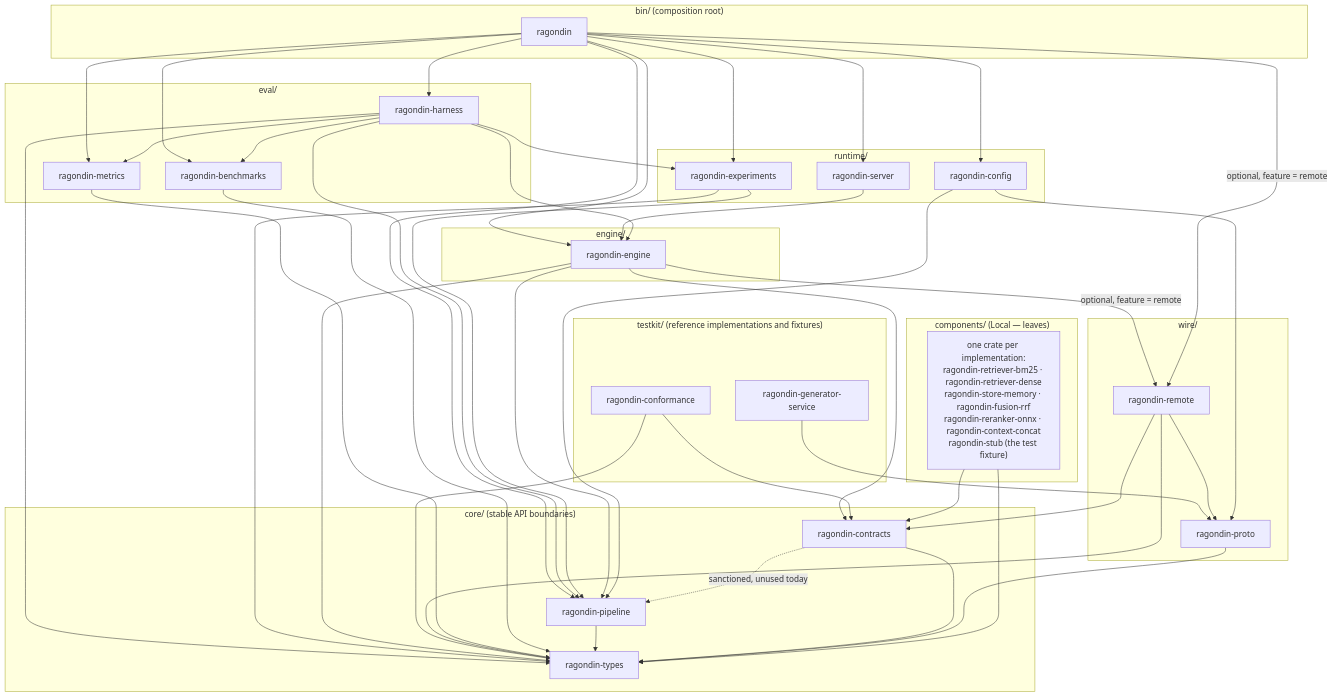
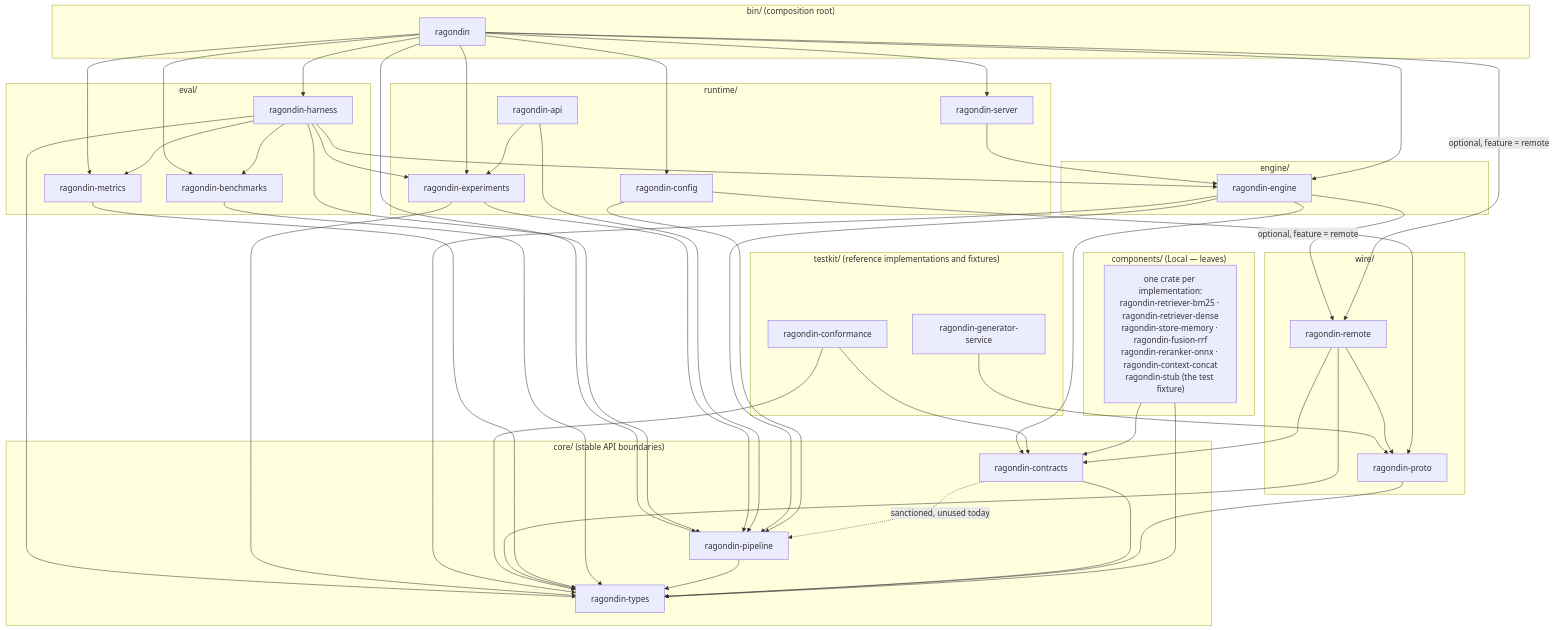
The first of 4 diagrams in docs/code-architecture.md (genesary/Ragondin), drawn with Mermaid before and after one commit. The commit also changed other lines of this file and 28 other files, not shown here.

First line of the commit message:
feat(ragondin-api): create the front end's API crate with the read side of runs

````diff
--- a/docs/code-architecture.md
+++ b/docs/code-architecture.md
@@ -188,54 +189,56 @@
 ```mermaid
 flowchart TB
   subgraph BIN["bin/ (composition root)"]
     RAG[ragondin]
   end
   subgraph RUNTIME["runtime/"]
     SRV[ragondin-server]
     EXP[ragondin-experiments]
     CFG[ragondin-config]
+    API[ragondin-api]
   end
   subgraph EVAL["eval/"]
     HAR[ragondin-harness]
     MET[ragondin-metrics]
     BEN[ragondin-benchmarks]
   end
   subgraph ENGINE["engine/"]
     ENG[ragondin-engine]
   end
   subgraph TESTKIT["testkit/ (reference implementations and fixtures)"]
     CNF[ragondin-conformance]
     GEN[ragondin-generator-service]
   end
   subgraph COMP["components/ (Local — leaves)"]
     CX["one crate per implementation:<br/>ragondin-retriever-bm25 · ragondin-retriever-dense<br/>ragondin-store-memory · ragondin-fusion-rrf<br/>ragondin-reranker-onnx · ragondin-context-concat<br/>ragondin-stub (the test fixture)"]
   end
   subgraph WIRE["wire/"]
     PRO[ragondin-proto]
     REM[ragondin-remote]
   end
   subgraph CORE["core/ (stable API boundaries)"]
     CON[ragondin-contracts]
     PIP[ragondin-pipeline]
     TYP[ragondin-types]
   end
 
   RAG --> SRV & HAR & EXP & CFG & ENG & MET & BEN & PIP
   SRV --> ENG
   HAR --> ENG & MET & BEN & EXP & PIP & TYP
   EXP --> PIP & TYP
+  API --> EXP & PIP
   ENG --> CON & PIP & TYP
   ENG -->|"optional, feature = remote"| REM
   RAG -->|"optional, feature = remote"| REM
   CNF --> CON & TYP
   GEN --> PRO
   REM --> CON & TYP & PRO
   MET --> TYP
   BEN --> TYP
   CFG --> PIP & PRO
   CON -.->|"sanctioned, unused today"| PIP
   PIP --> TYP
   CON --> TYP
   PRO --> TYP
   CX --> CON & TYP
 ```
````
